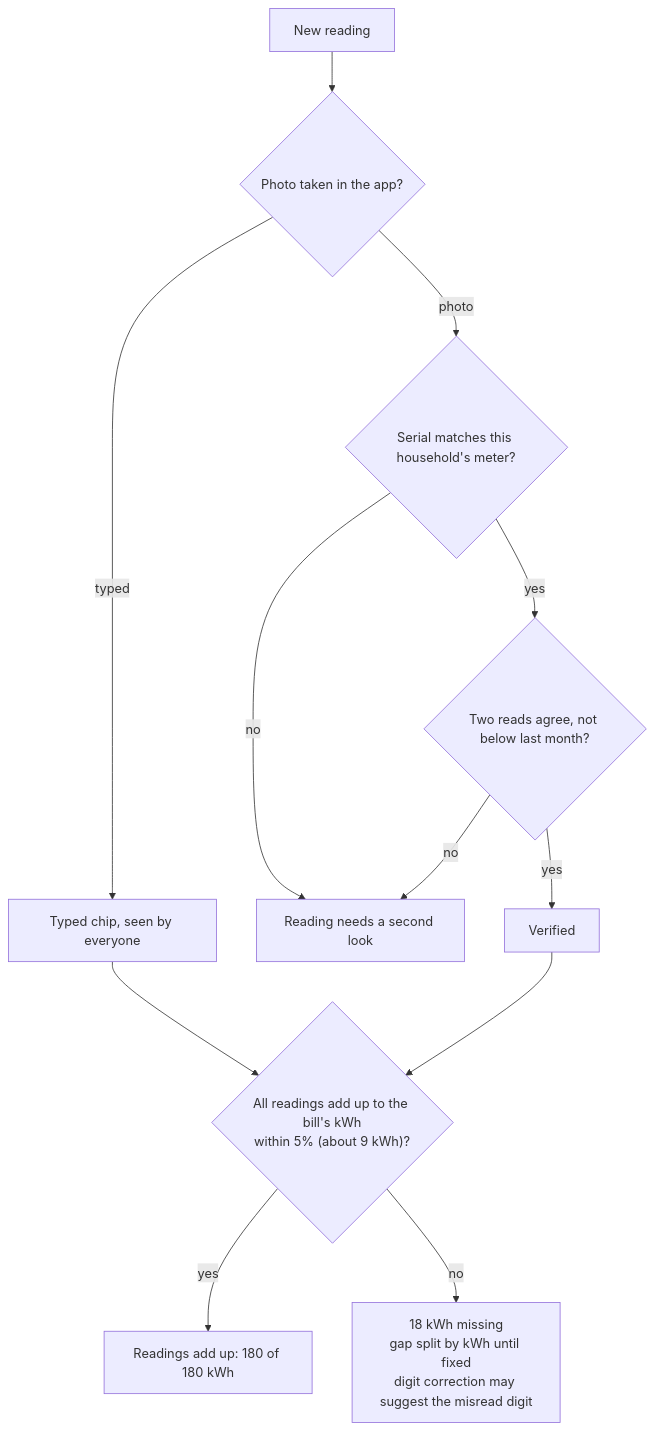
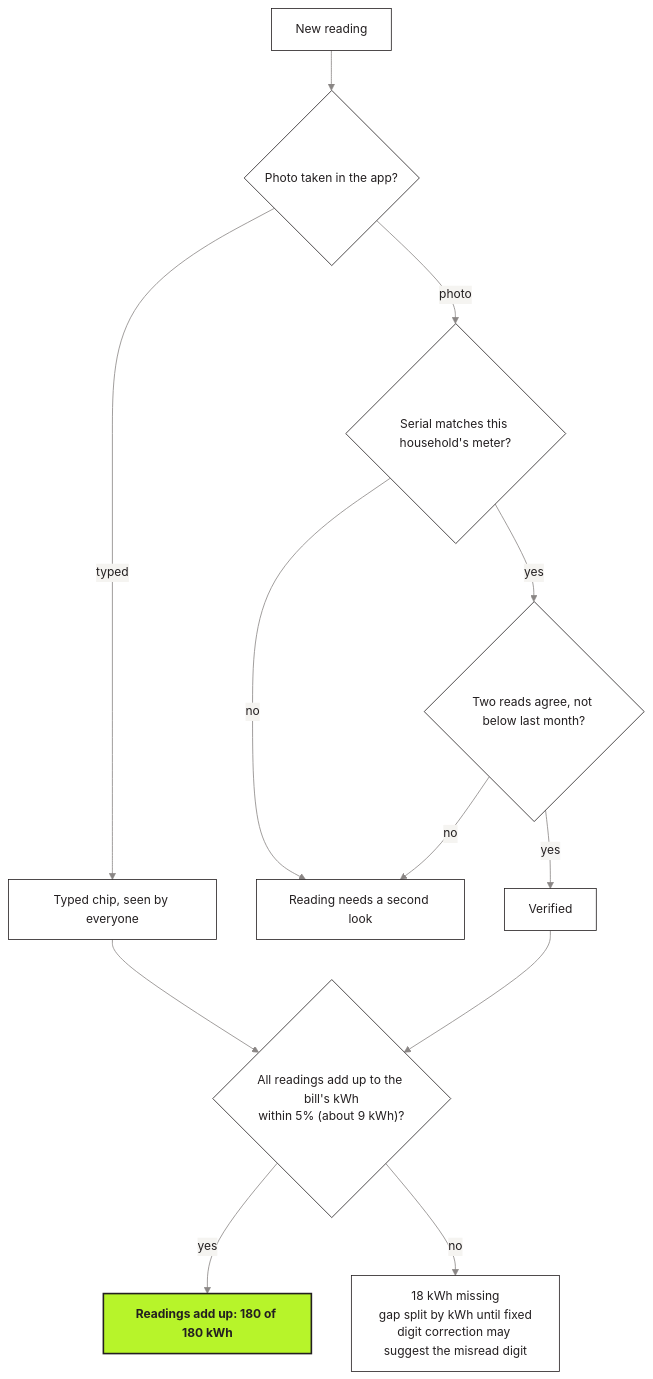
Before and after one commit to msmeralco/TeamNewYorkStylePizza: the fifth of 8 diagrams in README.md, drawn with Mermaid. The commit also changed other lines of this file and 1 other file, not shown here.

Commit message:
README diagrams in Kahati branding: white nodes, dark grey text, one lime key node, Inter Tight

````diff
--- a/README.md
+++ b/README.md
@@ -120,14 +132,17 @@
 ```mermaid
+%%{init: {'theme': 'base', 'themeVariables': {'fontFamily': 'Inter Tight, Inter, Segoe UI, Arial', 'fontSize': '15px', 'primaryColor': '#FFFFFF', 'primaryTextColor': '#231F20', 'primaryBorderColor': '#231F20', 'secondaryColor': '#F5F4F1', 'tertiaryColor': '#F5F4F1', 'lineColor': '#8A8685', 'textColor': '#231F20', 'clusterBkg': '#F5F4F1', 'clusterBorder': '#BDBAB8', 'edgeLabelBackground': '#F5F4F1', 'actorBkg': '#FFFFFF', 'actorBorder': '#231F20', 'actorTextColor': '#231F20', 'actorLineColor': '#8A8685', 'signalColor': '#5C5859', 'signalTextColor': '#231F20', 'noteBkgColor': '#B7F42A', 'noteTextColor': '#231F20', 'noteBorderColor': '#7A9F1B', 'labelBoxBkgColor': '#F5F4F1', 'labelBoxBorderColor': '#BDBAB8', 'loopTextColor': '#231F20'}}}%%
 flowchart TD
     P["New reading"] --> Q1{"Photo taken in the app?"}
     Q1 -- "typed" --> T1["Typed chip, seen by everyone"]
     Q1 -- "photo" --> Q2{"Serial matches this household's meter?"}
     Q2 -- "no" --> F1["Reading needs a second look"]
     Q2 -- "yes" --> Q3{"Two reads agree, not below last month?"}
     Q3 -- "no" --> F1
     Q3 -- "yes" --> OK["Verified"]
     T1 --> ADD
     OK --> ADD{"All readings add up to the bill's kWh<br/>within 5% (about 9 kWh)?"}
     ADD -- "yes" --> GOOD["Readings add up: 180 of 180 kWh"]
     ADD -- "no" --> GAP["18 kWh missing<br/>gap split by kWh until fixed<br/>digit correction may suggest the misread digit"]
+    classDef key fill:#B7F42A,stroke:#231F20,stroke-width:2px,color:#231F20,font-weight:bold
+    class GOOD key
 ```
````
